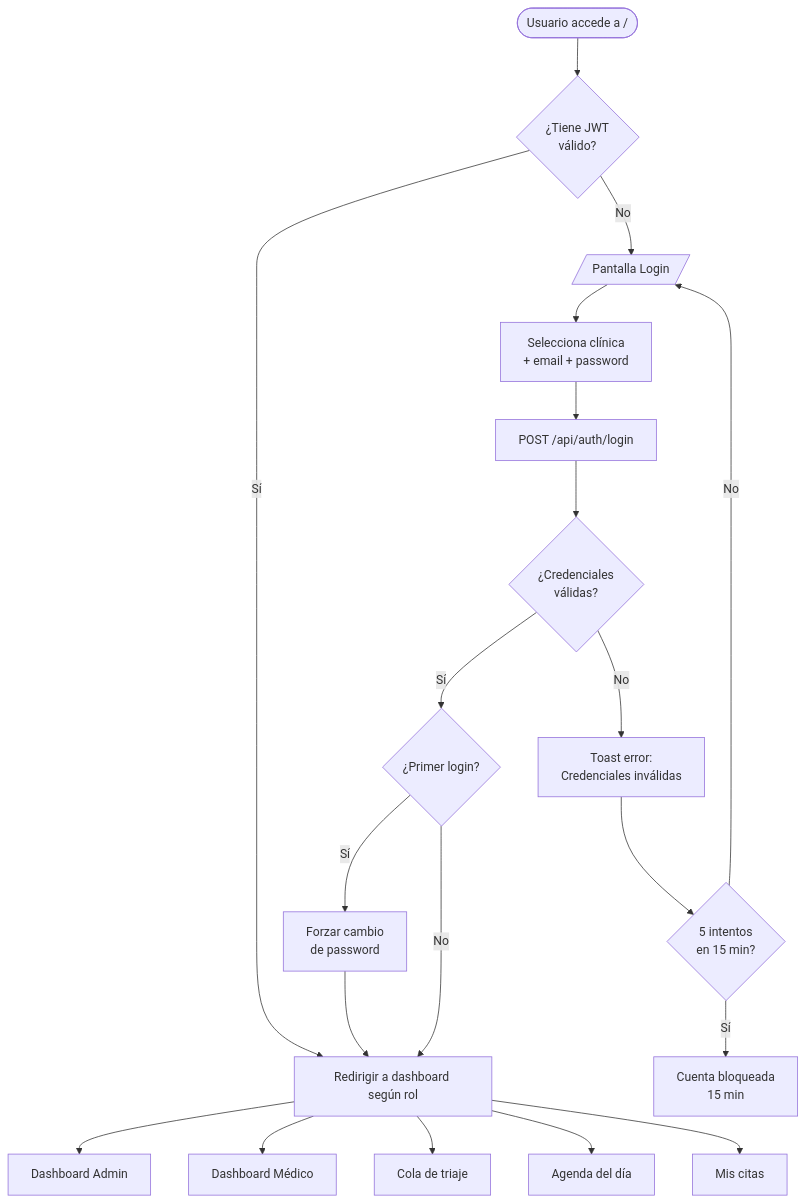
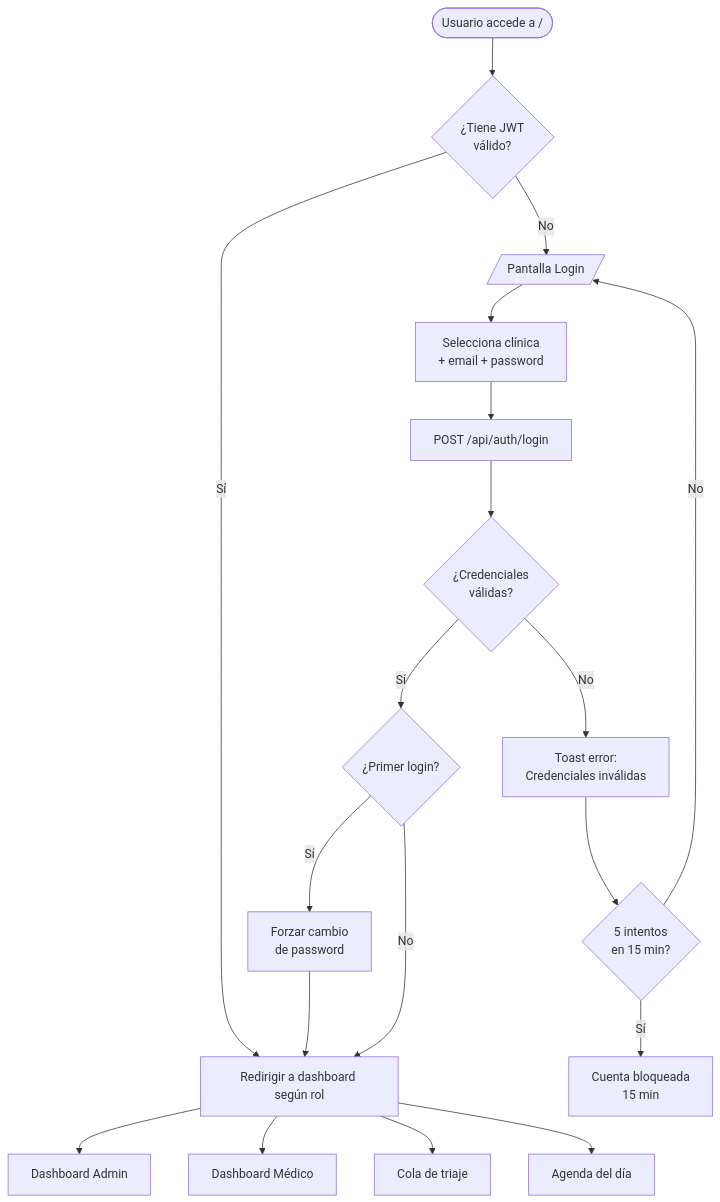
The first of 9 diagrams in docs/APPFLOW.md (NapoSV/medisuite), drawn with Mermaid before and after one commit. The commit also changed 4 other files, not shown here.

````diff
--- a/docs/APPFLOW.md
+++ b/docs/APPFLOW.md
@@ -12,22 +12,21 @@
 ```mermaid
 flowchart TD
     Start([Usuario accede a /]) --> HasSession{¿Tiene JWT<br/>válido?}
     HasSession -- Sí --> Redirect[Redirigir a dashboard según rol]
     HasSession -- No --> Login[/Pantalla Login/]
     Login --> Fill[Selecciona clínica<br/>+ email + password]
     Fill --> Submit[POST /api/auth/login]
     Submit --> Valid{¿Credenciales<br/>válidas?}
     Valid -- No --> ErrorAuth[Toast error:<br/>Credenciales inválidas]
     ErrorAuth --> CountFail{5 intentos<br/>en 15 min?}
     CountFail -- Sí --> Lock[Cuenta bloqueada<br/>15 min]
     CountFail -- No --> Login
     Valid -- Sí --> FirstLogin{¿Primer login?}
     FirstLogin -- Sí --> ChangePwd[Forzar cambio<br/>de password]
     ChangePwd --> Redirect
     FirstLogin -- No --> Redirect
     Redirect --> DashAdmin[Dashboard Admin]
     Redirect --> DashMedico[Dashboard Médico]
     Redirect --> DashEnf[Cola de triaje]
     Redirect --> DashRecep[Agenda del día]
-    Redirect --> DashPac[Mis citas]
 ```
````
